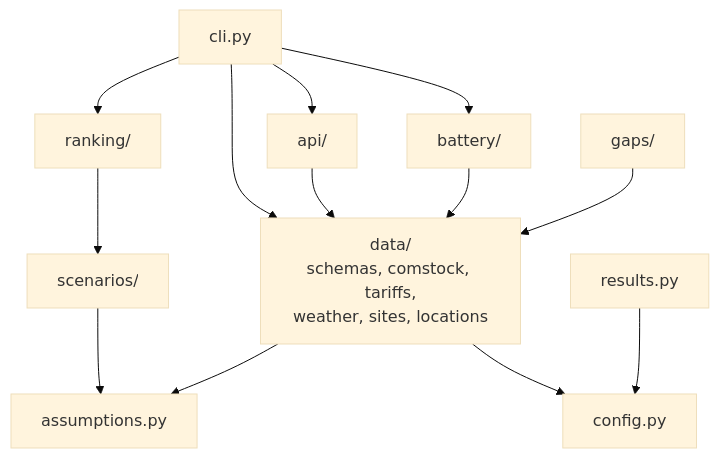
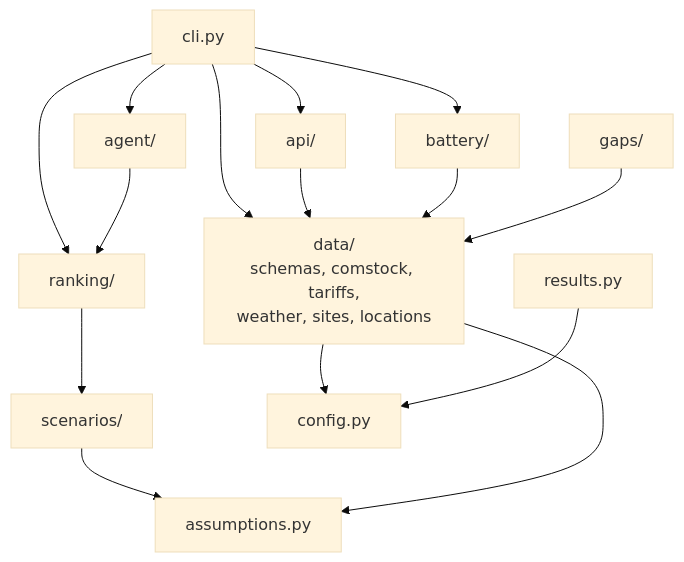
Before and after one commit to Lkumar209/Ridgeline: the second of 2 diagrams in docs/architecture.md, drawn with Mermaid (base theme). The commit also changed other lines of this file and 6 other files, not shown here.

Commit message:
Docs for M6 and download retries: ADR-014/015, limitations, AI log, README, onboarding, architecture, handoff

````diff
--- a/docs/architecture.md
+++ b/docs/architecture.md
@@ -55,13 +63,14 @@
 ```mermaid
 flowchart TB
-    cli["cli.py"] --> data & battery & ranking & api
+    cli["cli.py"] --> data & battery & ranking & api & agent
+    agent["agent/"] --> ranking
     api["api/"] --> data
     ranking["ranking/"] --> scenarios
     scenarios["scenarios/"] --> assumptions
     battery["battery/"] --> data
     gaps["gaps/"] --> data
     data["data/<br/>schemas, comstock, tariffs,<br/>weather, sites, locations"] --> config & assumptions
     results["results.py"] --> config
     config["config.py"]
     assumptions["assumptions.py"]
 ```
````
